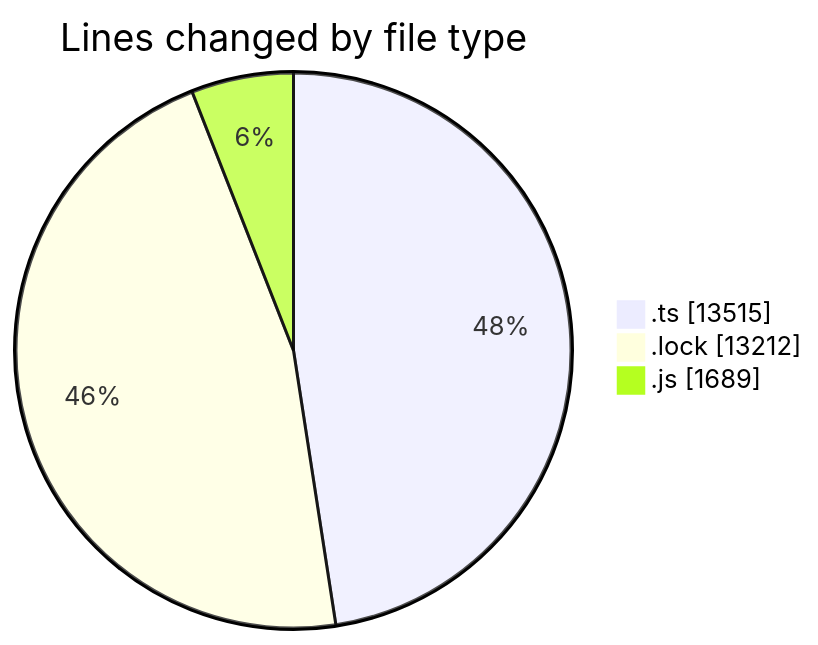
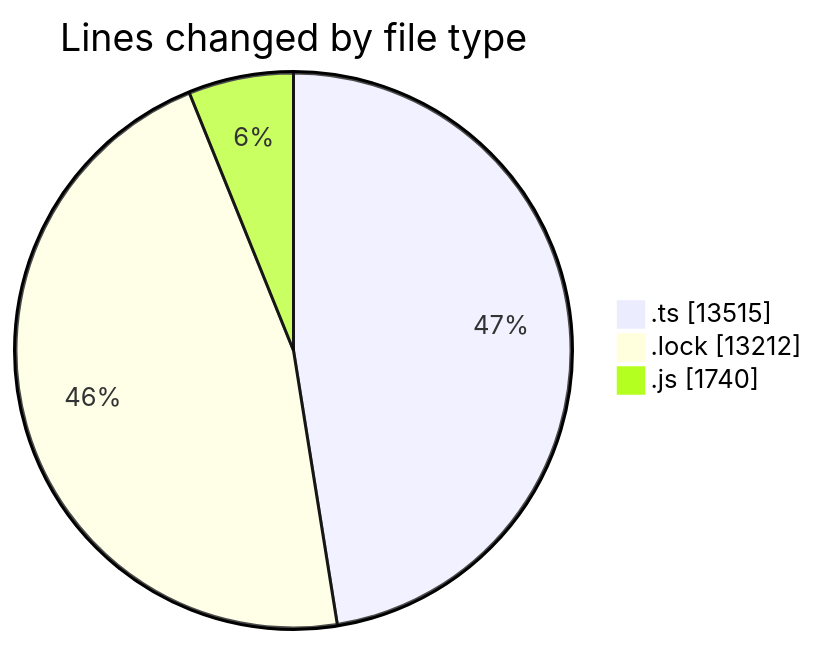
The first of 2 diagrams in 2025-05-16/cda/README.md (momahboobian/code-tracking), drawn with Mermaid before and after one commit. The commit also changed other lines of this file and 1 other file, not shown here.

````diff
--- a/2025-05-16/cda/README.md
+++ b/2025-05-16/cda/README.md
@@ -29,7 +29,7 @@
 ```mermaid
 pie showData
 title Lines changed by file type
 ".ts" : 13515
 ".lock" : 13212
-".js" : 1689
+".js" : 1740
 ```
````
